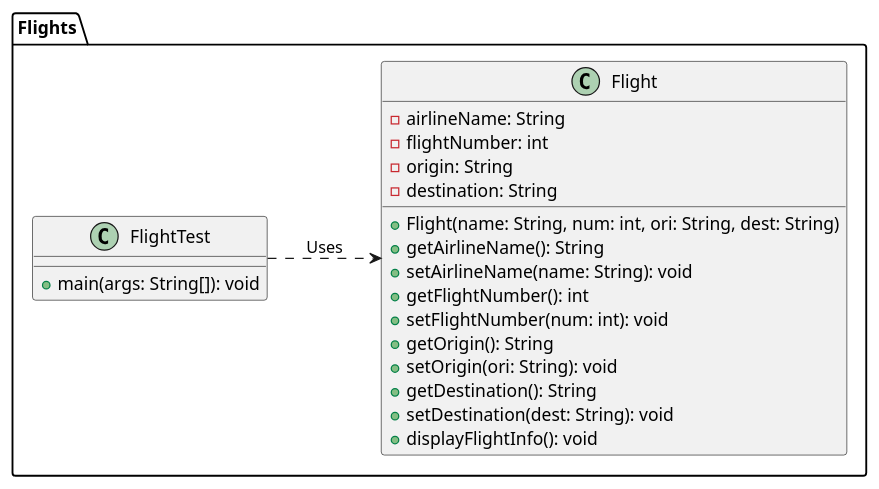
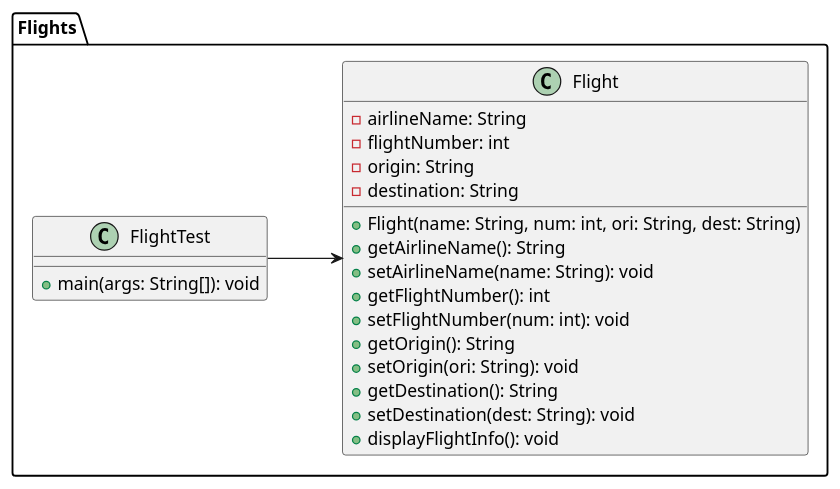
The diagram in Flights/FlightUML.puml (bellamarbellaa/Java-Object-Oriented-Programming), drawn with PlantUML before and after one commit. The commit also changed 3 other files, not shown here.

First line of the commit message:
Flight and Flight Test (Blueprint and Driver)

```diff
--- a/Flights/FlightUML.puml
+++ b/Flights/FlightUML.puml
@@ -1,32 +1,32 @@
 @startuml
 package Flights {
 left to right direction
 
 class Flight {
     - airlineName: String
     - flightNumber: int
     - origin: String
     - destination: String
 
     + Flight(name: String, num: int, ori: String, dest: String)
     + getAirlineName(): String
     + setAirlineName(name: String): void
     + getFlightNumber(): int
     + setFlightNumber(num: int): void
     + getOrigin(): String
     + setOrigin(ori: String): void
     + getDestination(): String
     + setDestination(dest: String): void
     + displayFlightInfo(): void
 }
 
 class FlightTest {
     + main(args: String[]): void
 }
 
-' Dependency relationship 
-FlightTest ..>  Flight : Uses
+' 
+FlightTest -->  Flight
 
 }
 
 @enduml
```
